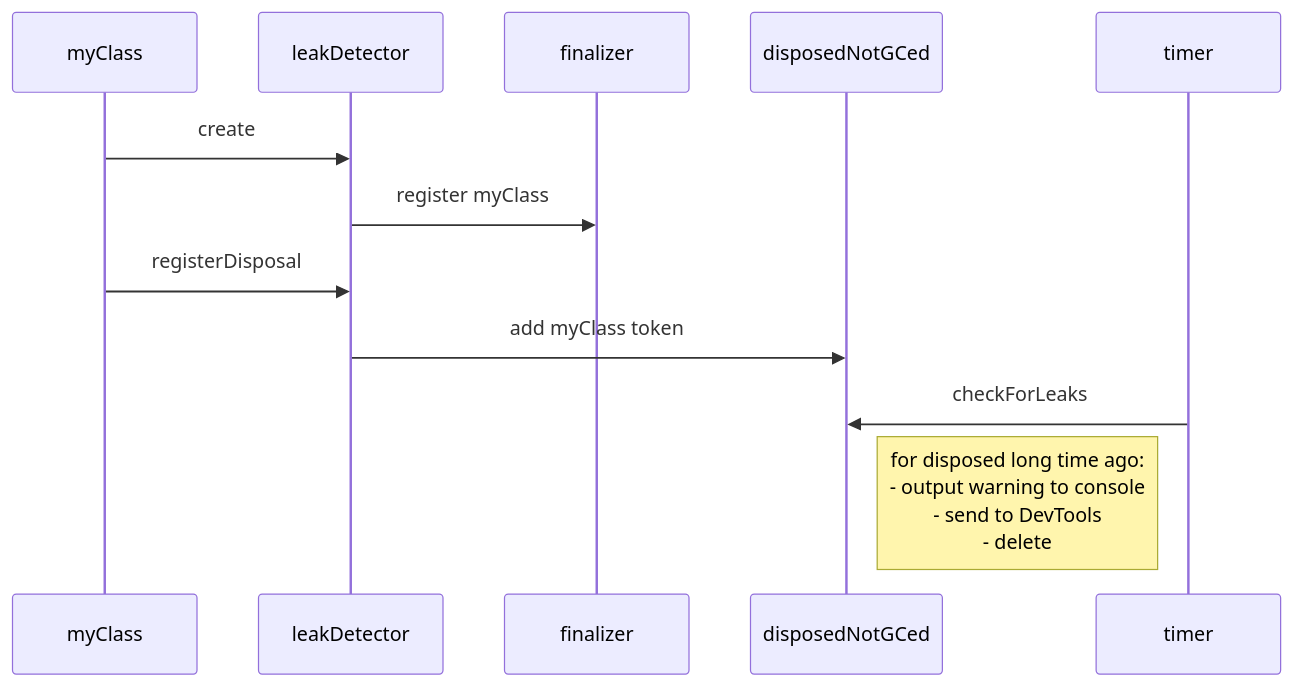
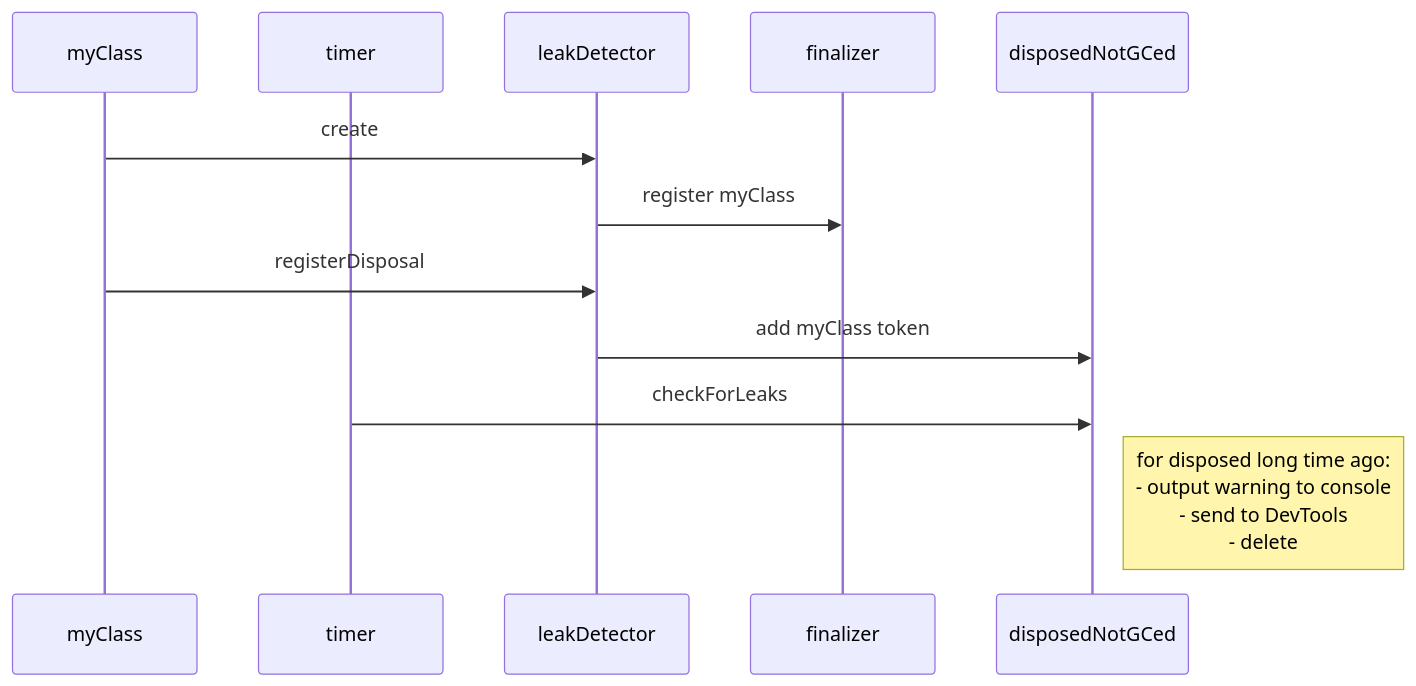
Before and after one commit to polina-c/spikes: the diagram in dart-leaks/doc/not_gced.md, drawn with Mermaid.

````diff
--- a/dart-leaks/doc/not_gced.md
+++ b/dart-leaks/doc/not_gced.md
@@ -1,10 +1,12 @@
 ```mermaid
 sequenceDiagram
+    participant myClass
+    participant timer
 	myClass ->> leakDetector: create
 	leakDetector ->> finalizer: register myClass
 	myClass ->> leakDetector: registerDisposal
 	leakDetector ->> disposedNotGCed: add myClass token
 	
 	timer ->> disposedNotGCed: checkForLeaks
 	Note right of disposedNotGCed: for disposed long time ago:<br/>- output warning to console<br/>- send to DevTools<br/>- delete 
 ```
````
